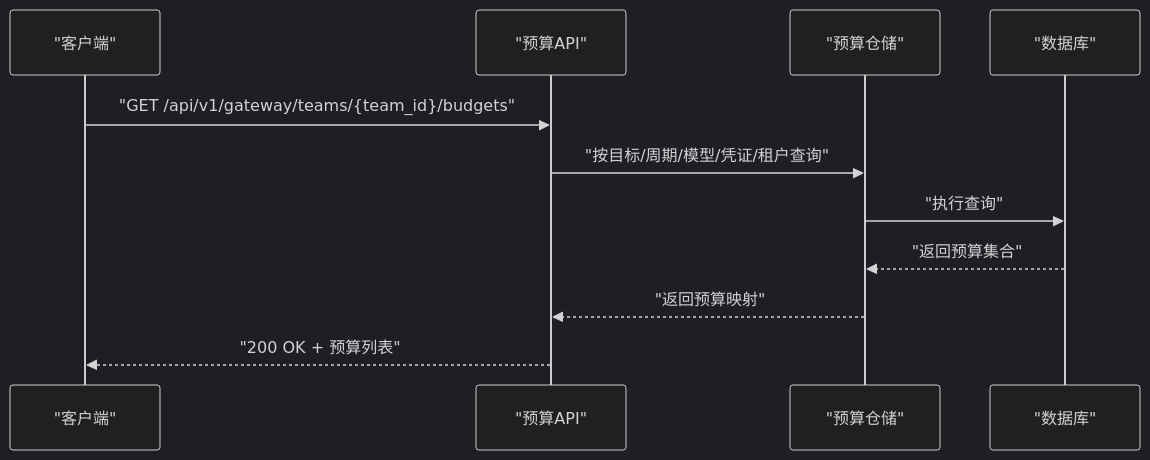
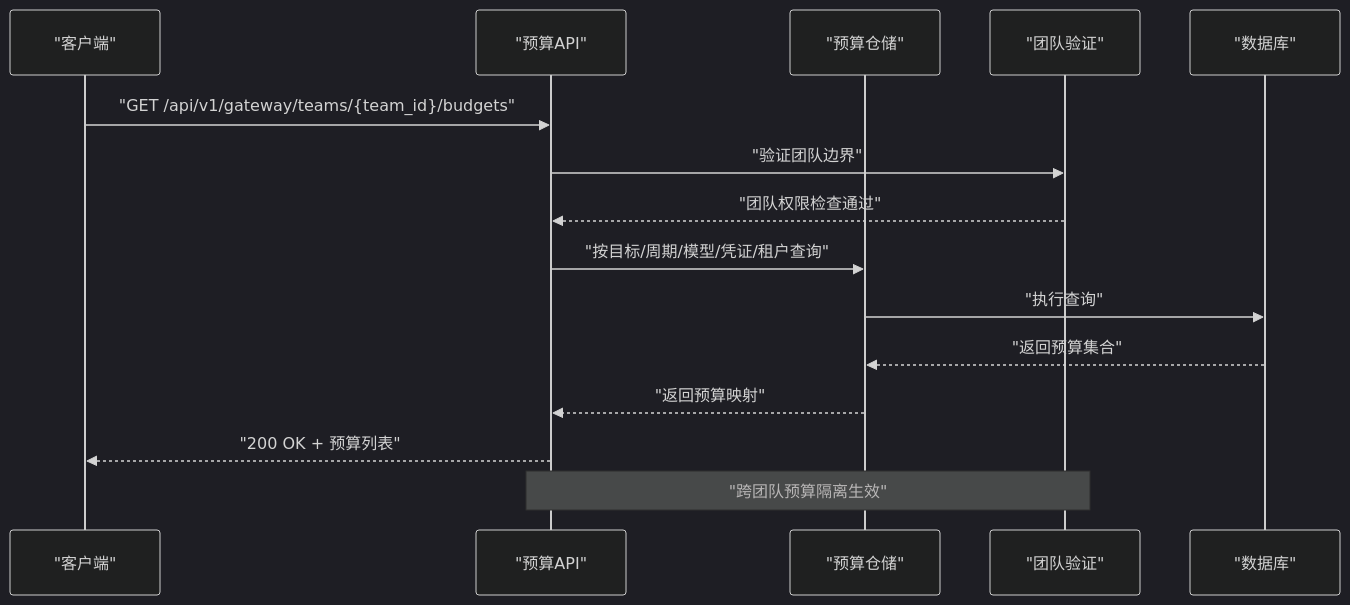
The fourth of 9 diagrams in .qoder/repowiki/zh/content/网关服务架构/成本控制与配额.md (tianyehedashu/ai-agent), drawn with Mermaid (dark theme) before and after one commit. The commit also changed other lines of this file and 25 other files, not shown here.

````diff
--- a/.qoder/repowiki/zh/content/网关服务架构/成本控制与配额.md
+++ b/.qoder/repowiki/zh/content/网关服务架构/成本控制与配额.md
@@ -268,13 +347,17 @@
 ```mermaid
 sequenceDiagram
 participant C as "客户端"
 participant API as "预算API"
 participant Repo as "预算仓储"
+participant Team as "团队验证"
 participant DB as "数据库"
 C->>API : "GET /api/v1/gateway/teams/{team_id}/budgets"
+API->>Team : "验证团队边界"
+Team-->>API : "团队权限检查通过"
 API->>Repo : "按目标/周期/模型/凭证/租户查询"
 Repo->>DB : "执行查询"
 DB-->>Repo : "返回预算集合"
 Repo-->>API : "返回预算映射"
 API-->>C : "200 OK + 预算列表"
+Note over API,Team : "跨团队预算隔离生效"
 ```
````
